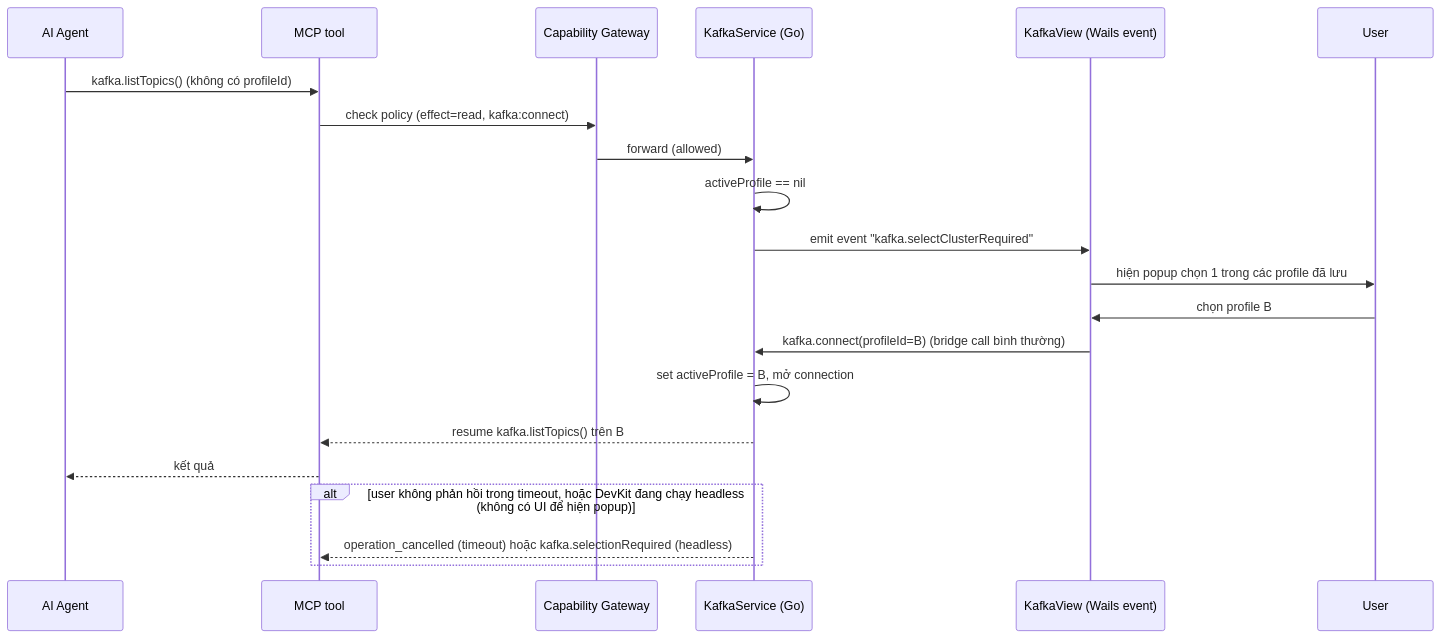
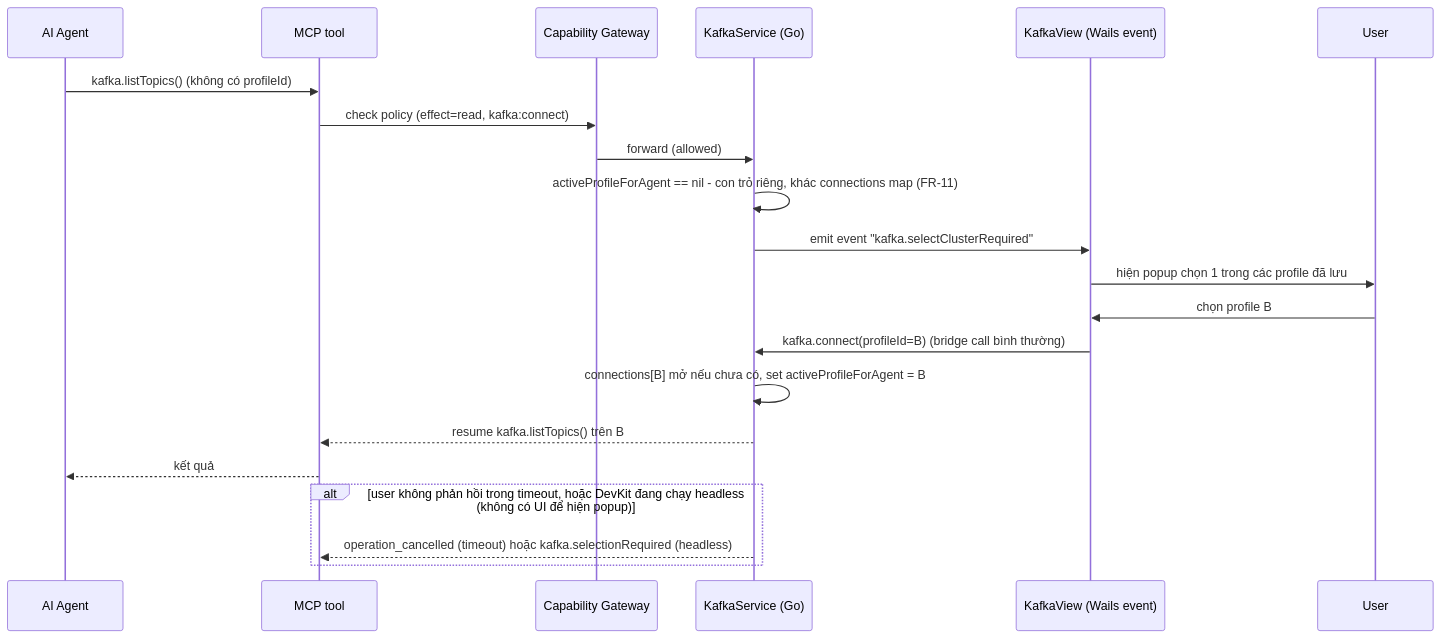
The third of 8 diagrams in content/projects/dev-kit/kafka.mdx (syurodev/base), drawn with Mermaid before and after one commit. The commit also changed other lines of this file and 6 other files, not shown here.

````diff
--- a/content/projects/dev-kit/kafka.mdx
+++ b/content/projects/dev-kit/kafka.mdx
@@ -137,24 +170,24 @@
 ```mermaid
 sequenceDiagram
   participant Agent as AI Agent
   participant MCP as MCP tool
   participant GW as Capability Gateway
   participant Svc as KafkaService (Go)
   participant UI as KafkaView (Wails event)
   participant User
 
   Agent->>MCP: kafka.listTopics() (không có profileId)
   MCP->>GW: check policy (effect=read, kafka:connect)
   GW->>Svc: forward (allowed)
-  Svc->>Svc: activeProfile == nil
+  Svc->>Svc: activeProfileForAgent == nil - con trỏ riêng, khác connections map (FR-11)
   Svc->>UI: emit event "kafka.selectClusterRequired"
   UI->>User: hiện popup chọn 1 trong các profile đã lưu
   User->>UI: chọn profile B
   UI->>Svc: kafka.connect(profileId=B) (bridge call bình thường)
-  Svc->>Svc: set activeProfile = B, mở connection
+  Svc->>Svc: connections[B] mở nếu chưa có, set activeProfileForAgent = B
   Svc-->>MCP: resume kafka.listTopics() trên B
   MCP-->>Agent: kết quả
   alt user không phản hồi trong timeout, hoặc DevKit đang chạy headless (không có UI để hiện popup)
     Svc-->>MCP: operation_cancelled (timeout) hoặc kafka.selectionRequired (headless)
   end
 ```
````
